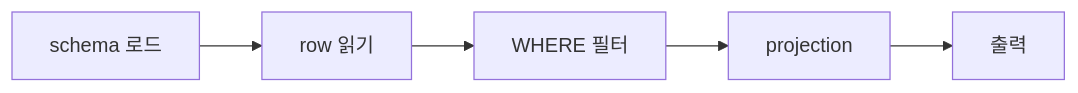
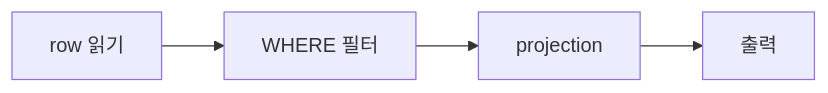
The sixth of 11 diagrams in README.md (whiskend/sql-parser-engine), drawn with Mermaid before and after one commit. The commit also changed other lines of this file and 1 other file, not shown here.

````diff
--- a/README.md
+++ b/README.md
@@ -135,7 +95,6 @@
 ```mermaid
 flowchart LR
-    A["schema 로드"] --> B["row 읽기"]
-    B --> C["WHERE 필터"]
-    C --> D["projection"]
-    D --> E["출력"]
+    A["row 읽기"] --> B["WHERE 필터"]
+    B --> C["projection"]
+    C --> D["출력"]
 ```
````
